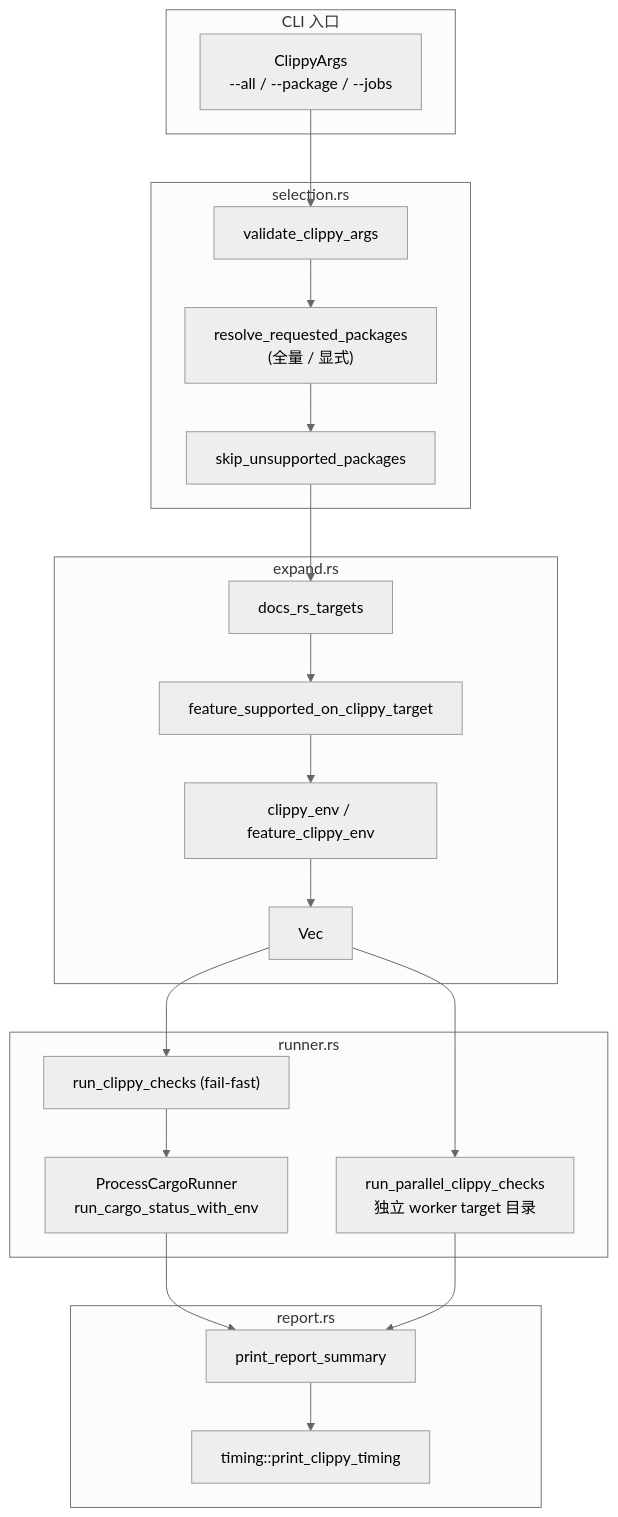
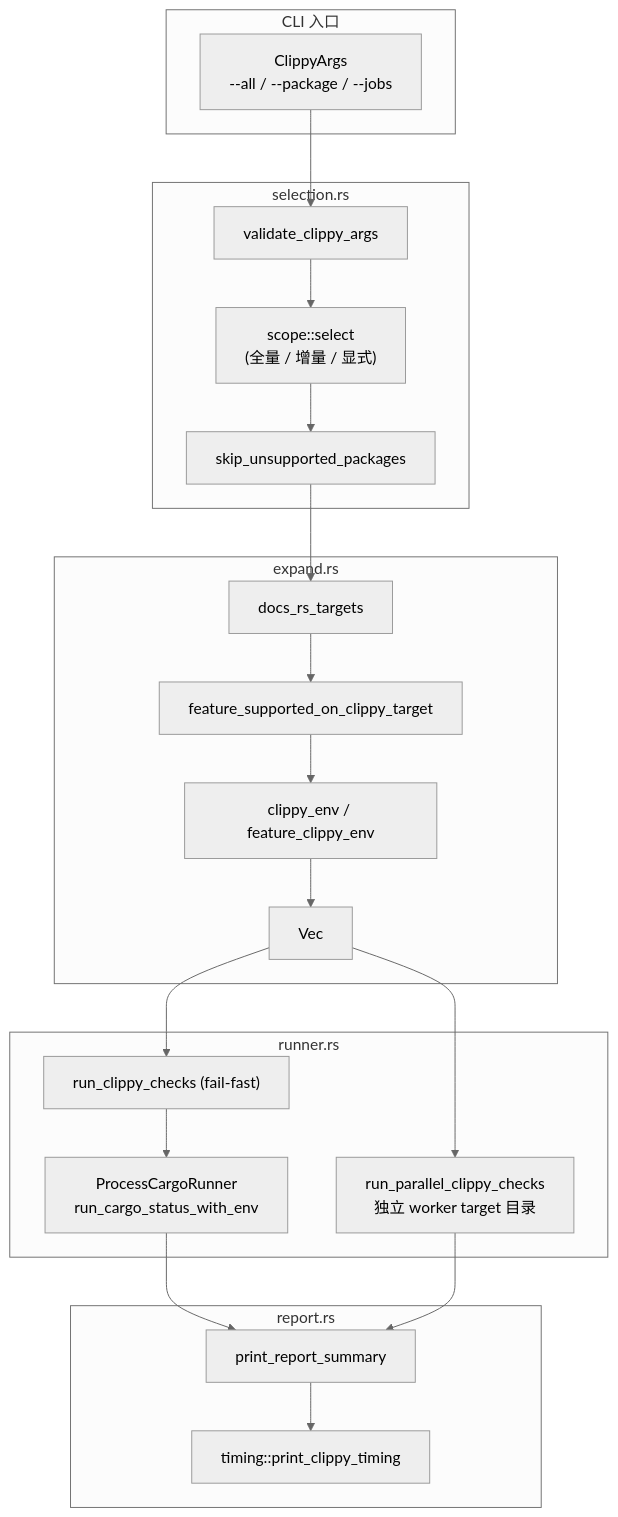
The diagram in docs/docs/build/clippy.md (rcore-os/tgoskits), drawn with Mermaid (neutral theme) before and after one commit. The commit also changed 1 other file, not shown here.

Commit message:
fix(axbuild): bind Clippy selection digests to an explicit rule version

````diff
--- a/docs/docs/build/clippy.md
+++ b/docs/docs/build/clippy.md
@@ -14,35 +14,35 @@
 ```mermaid
 flowchart TB
     subgraph CLI["CLI 入口"]
         ARGS["ClippyArgs<br/>--all / --package / --jobs"]
     end
 
     subgraph Selection["selection.rs"]
         VALID["validate_clippy_args"]
-        RESOLVE["resolve_requested_packages<br/>(全量 / 显式)"]
+        RESOLVE["scope::select<br/>(全量 / 增量 / 显式)"]
         SKIP["skip_unsupported_packages"]
     end
 
     subgraph Expand["expand.rs"]
         TARGETS["docs_rs_targets"]
         FEAT["feature_supported_on_clippy_target"]
         ENV["clippy_env / feature_clippy_env"]
         CHECKS["Vec<ClippyCheck>"]
     end
 
     subgraph Runner["runner.rs"]
         RUN["run_clippy_checks (fail-fast)"]
         PROC["ProcessCargoRunner<br/>run_cargo_status_with_env"]
         PAR["run_parallel_clippy_checks<br/>独立 worker target 目录"]
     end
 
     subgraph Report["report.rs"]
         SUM["print_report_summary"]
         TIME["timing::print_clippy_timing"]
     end
 
     ARGS --> VALID --> RESOLVE --> SKIP --> TARGETS
     TARGETS --> FEAT --> ENV --> CHECKS
     CHECKS --> RUN --> PROC --> SUM --> TIME
     CHECKS --> PAR --> SUM
 ```
````
